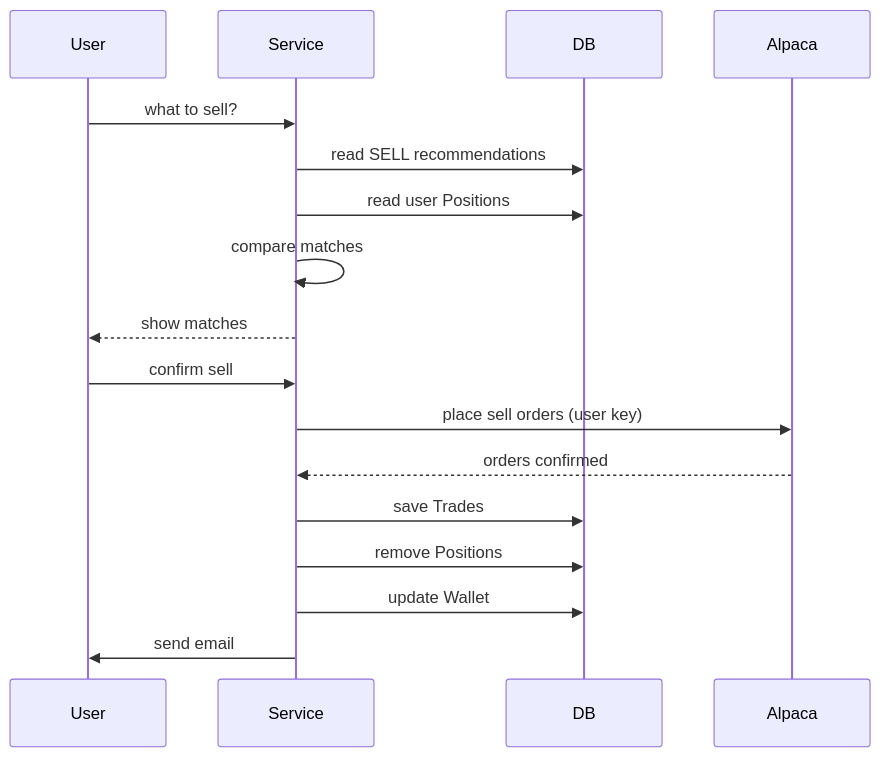
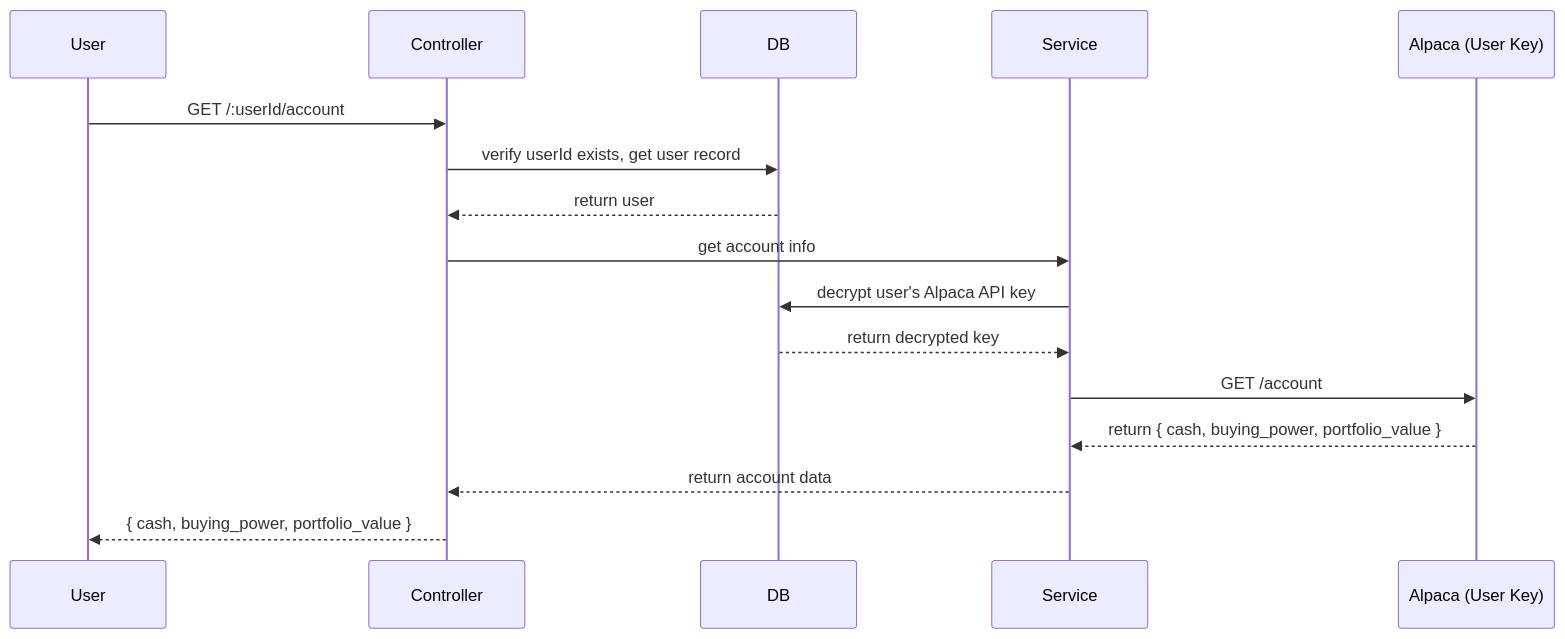
The fourth of 4 diagrams in docs/sequence-diagram.md (shivam-tamboli/momentum-trading-system), drawn with Mermaid before and after one commit. The commit also changed other lines of this file and 3 other files, not shown here.

````diff
--- a/docs/sequence-diagram.md
+++ b/docs/sequence-diagram.md
@@ -75,20 +108,22 @@
 ```mermaid
 sequenceDiagram
     participant User
+    participant Controller
+    participant DB
     participant Service
-    participant DB
-    participant Alpaca
+    participant Alpaca as Alpaca (User Key)
 
-    User->>Service: what to sell?
-    Service->>DB: read SELL recommendations
-    Service->>DB: read user Positions
-    Service->>Service: compare matches
-    Service-->>User: show matches
-    User->>Service: confirm sell
-    Service->>Alpaca: place sell orders (user key)
-    Alpaca-->>Service: orders confirmed
-    Service->>DB: save Trades
-    Service->>DB: remove Positions
-    Service->>DB: update Wallet
-    Service->>User: send email
+    User->>Controller: GET /:userId/account
+    Controller->>DB: verify userId exists, get user record
+    DB-->>Controller: return user
+
+    Controller->>Service: get account info
+    Service->>DB: decrypt user's Alpaca API key
+    DB-->>Service: return decrypted key
+
+    Service->>Alpaca: GET /account
+    Alpaca-->>Service: return { cash, buying_power, portfolio_value }
+
+    Service-->>Controller: return account data
+    Controller-->>User: { cash, buying_power, portfolio_value }
 ```
````
